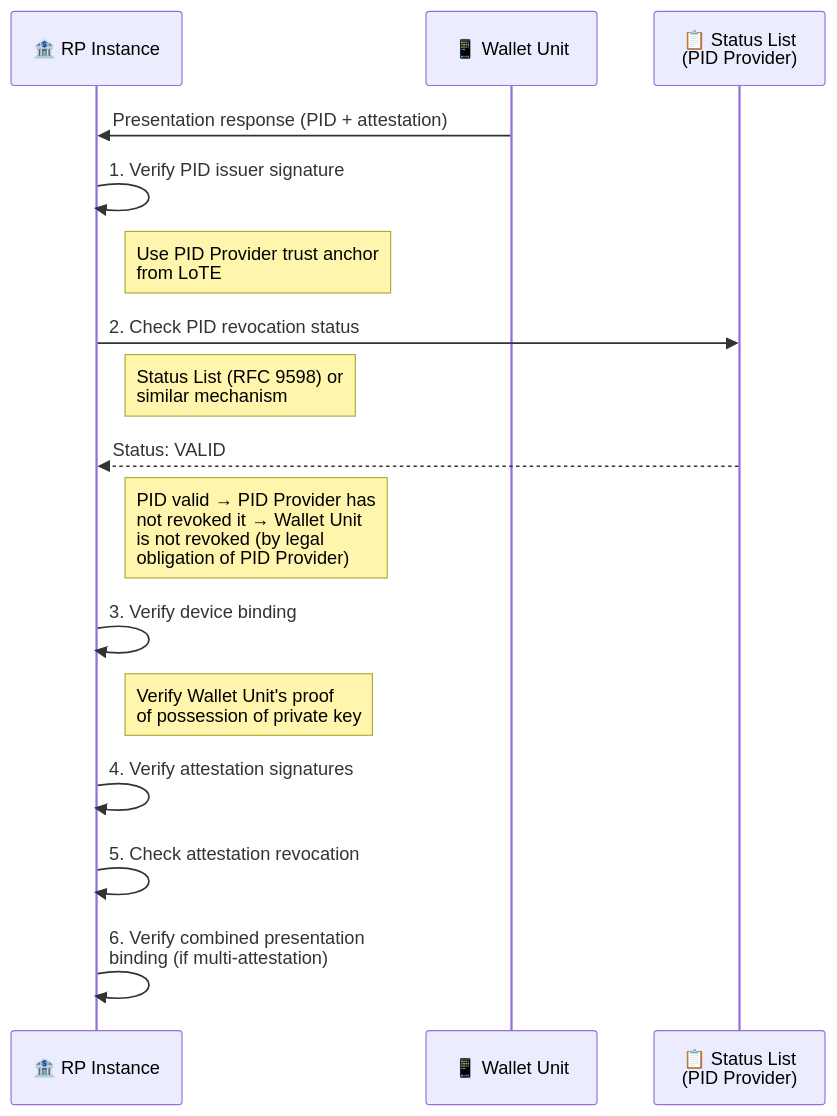
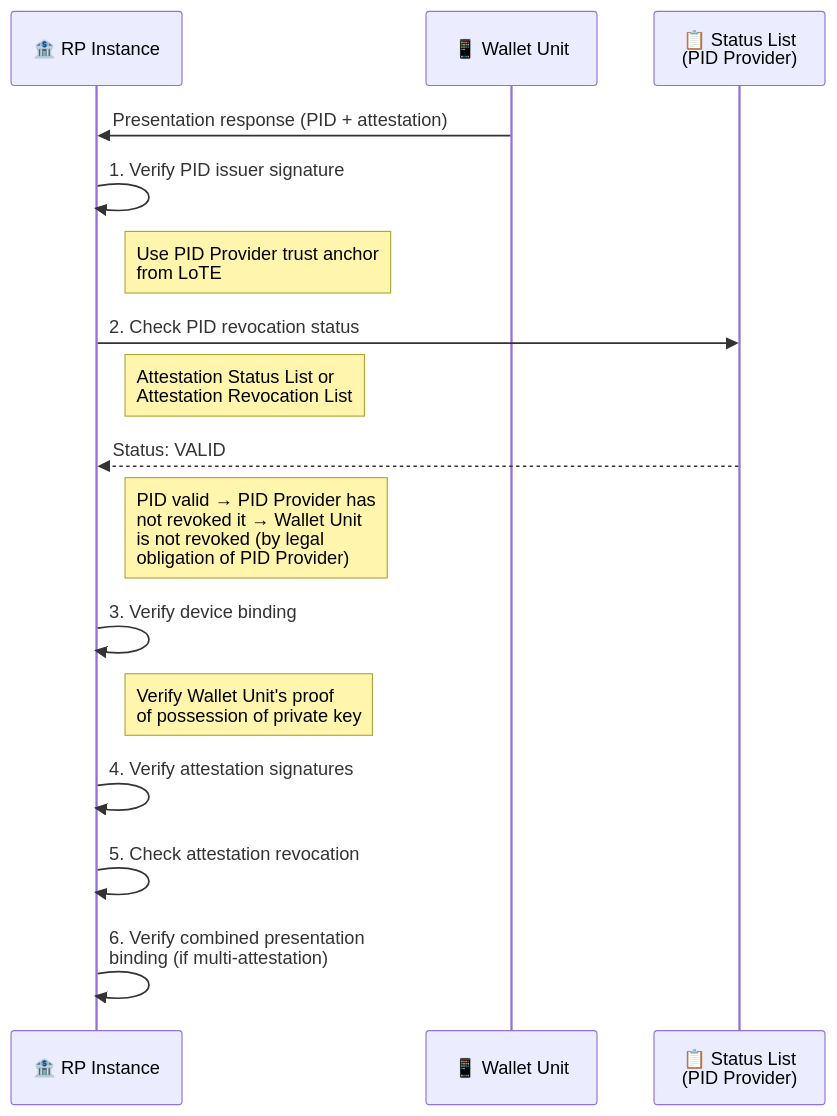
The eighth of 24 diagrams in papers/DR-0002/DR-0002-eudi-wallet-relying-party-integration.md (ivanstambuk/deep-research), drawn with Mermaid before and after one commit. The commit also changed other lines of this file, not shown here.

````diff
--- a/papers/DR-0002/DR-0002-eudi-wallet-relying-party-integration.md
+++ b/papers/DR-0002/DR-0002-eudi-wallet-relying-party-integration.md
@@ -1275,29 +1275,29 @@
 ```mermaid
 ---
 config:
   sequence:
     messageAlign: left
     noteAlign: left
 ---
 sequenceDiagram
     participant RPI as 🏦 RP Instance
     participant WU as 📱 Wallet Unit
     participant SL as 📋 Status List<br/>(PID Provider)
 
     WU->>RPI: Presentation response (PID + attestation)
     
     RPI->>RPI: 1. Verify PID issuer signature
     Note right of RPI: Use PID Provider trust anchor<br/>from LoTE
 
     RPI->>SL: 2. Check PID revocation status
-    Note right of RPI: Status List (RFC 9598) or<br/>similar mechanism
+    Note right of RPI: Attestation Status List or<br/>Attestation Revocation List
     SL-->>RPI: Status: VALID
     Note right of RPI: PID valid → PID Provider has<br/>not revoked it → Wallet Unit<br/>is not revoked (by legal<br/>obligation of PID Provider)
 
     RPI->>RPI: 3. Verify device binding
     Note right of RPI: Verify Wallet Unit's proof<br/>of possession of private key
 
     RPI->>RPI: 4. Verify attestation signatures
     RPI->>RPI: 5. Check attestation revocation
     RPI->>RPI: 6. Verify combined presentation<br/>binding (if multi-attestation)
 ```
````
